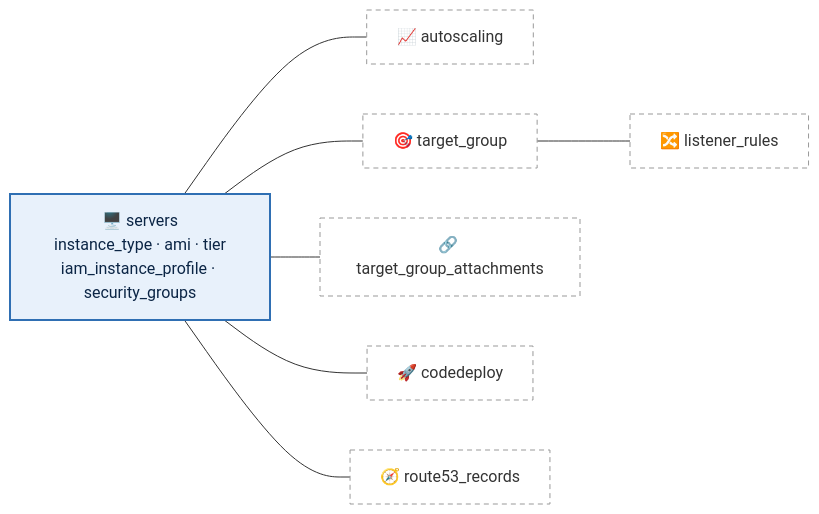
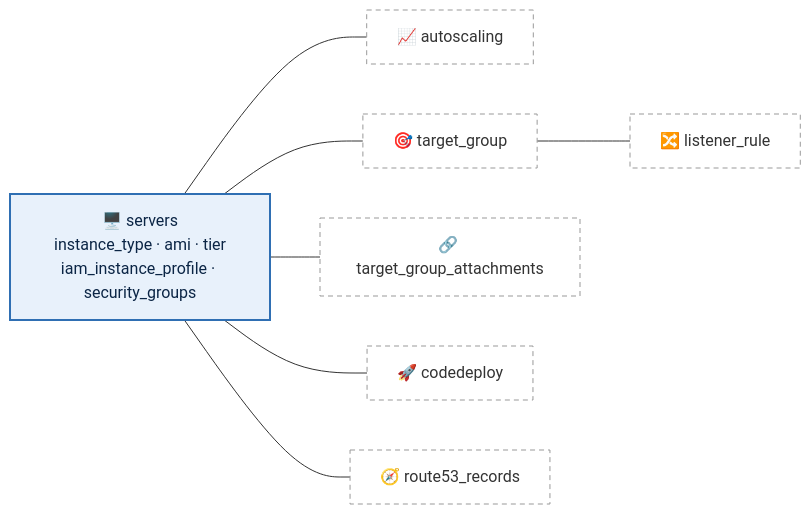
The third of 5 diagrams in README.md (justin-samuel12/terraform-aws-scaffold), drawn with Mermaid before and after one commit. The commit also changed other lines of this file and 978 other files, not shown here.

````diff
--- a/README.md
+++ b/README.md
@@ -80,21 +80,21 @@
 ```mermaid
 flowchart LR
   base["🖥️ servers<br/>instance_type · ami · tier<br/>iam_instance_profile · security_groups"]
   asg["📈 autoscaling"]
   tg["🎯 target_group"]
-  lr["🔀 listener_rules"]
+  lr["🔀 listener_rule"]
   tga["🔗 target_group_attachments"]
   cd["🚀 codedeploy"]
   r53["🧭 route53_records"]
 
   base --- asg
   base --- tg --- lr
   base --- tga
   base --- cd
   base --- r53
 
   classDef core fill:#e8f1fb,stroke:#2f6fb3,stroke-width:2px,color:#0b2545
   classDef opt fill:#ffffff,stroke:#999,stroke-dasharray:5 4,color:#333
   class base core
   class asg,tg,lr,tga,cd,r53 opt
 ```
````
